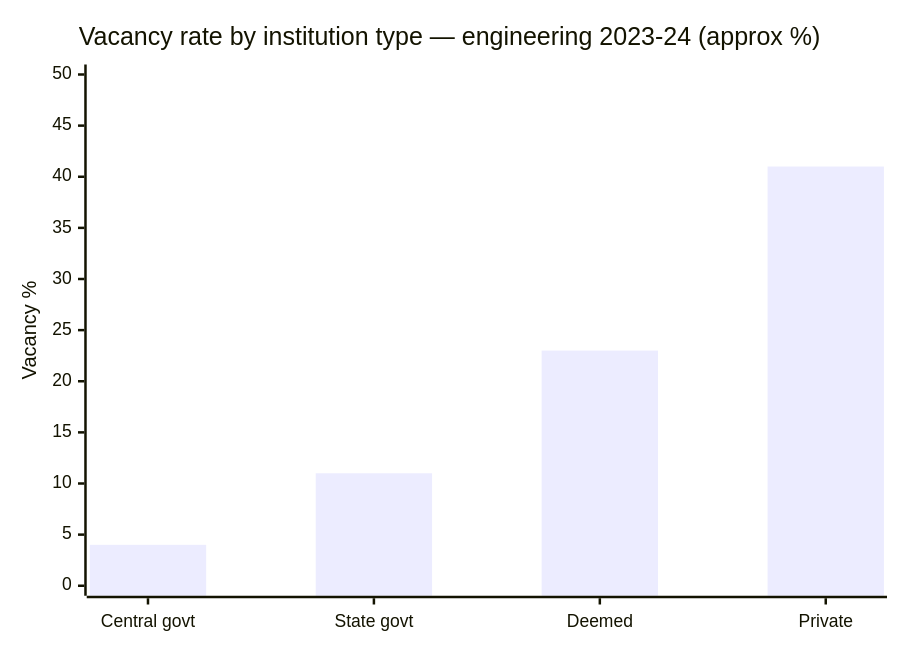
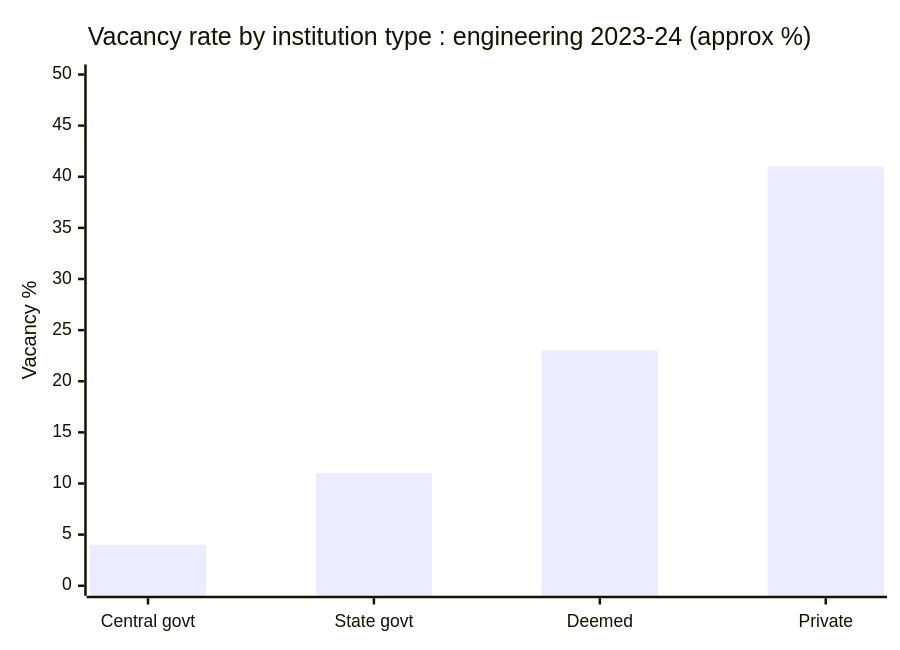
The first of 2 diagrams in Stakeholders/Institutions.mdx (aashrutsharma2/docs), drawn with Mermaid before and after one commit.

Commit message:
Updated mintlify pages
- Updated Stakeholders/Institutions.mdx

Mintlify-Source: dashboard-editor

````diff
--- a/Stakeholders/Institutions.mdx
+++ b/Stakeholders/Institutions.mdx
@@ -37,8 +37,8 @@
 ```mermaid
 %%{init: {"theme": "default"}}%%
 xychart-beta
-    title "Vacancy rate by institution type — engineering 2023-24 (approx %)"
+    title "Vacancy rate by institution type : engineering 2023-24 (approx %)"
     x-axis ["Central govt", "State govt", "Deemed", "Private"]
     y-axis "Vacancy %" 0 --> 50
     bar [4, 11, 23, 41]
 ```
````
